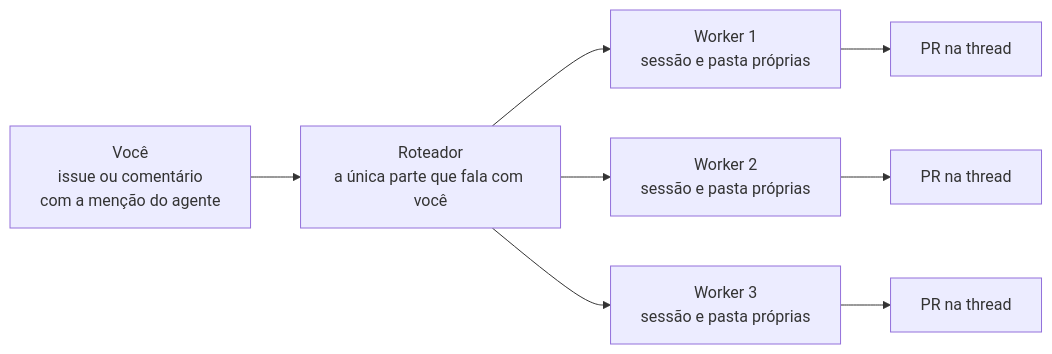
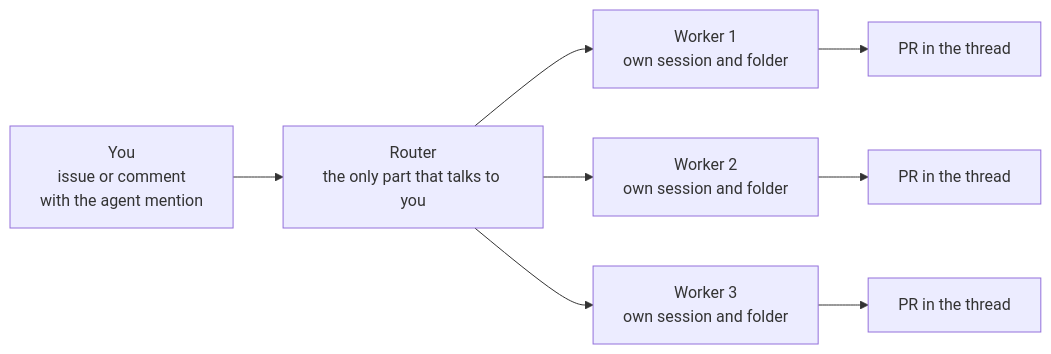
The diagram in docs/agent/learning-path.md (sallaumen/dsh-superagent-superboard), drawn with Mermaid before and after one commit. The commit also changed other lines of this file and 34 other files, not shown here.

````diff
--- a/docs/agent/learning-path.md
+++ b/docs/agent/learning-path.md
@@ -30,10 +29,10 @@
 ```mermaid
 flowchart LR
-    H["Você<br/>issue ou comentário<br/>com a menção do agente"] --> R["Roteador<br/>a única parte que fala com você"]
-    R --> W1["Worker 1<br/>sessão e pasta próprias"]
-    R --> W2["Worker 2<br/>sessão e pasta próprias"]
-    R --> W3["Worker 3<br/>sessão e pasta próprias"]
-    W1 --> P1["PR na thread"]
-    W2 --> P2["PR na thread"]
-    W3 --> P3["PR na thread"]
+    H["You<br/>issue or comment<br/>with the agent mention"] --> R["Router<br/>the only part that talks to you"]
+    R --> W1["Worker 1<br/>own session and folder"]
+    R --> W2["Worker 2<br/>own session and folder"]
+    R --> W3["Worker 3<br/>own session and folder"]
+    W1 --> P1["PR in the thread"]
+    W2 --> P2["PR in the thread"]
+    W3 --> P3["PR in the thread"]
 ```
````
